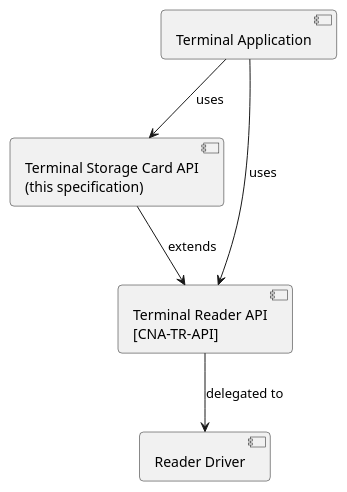
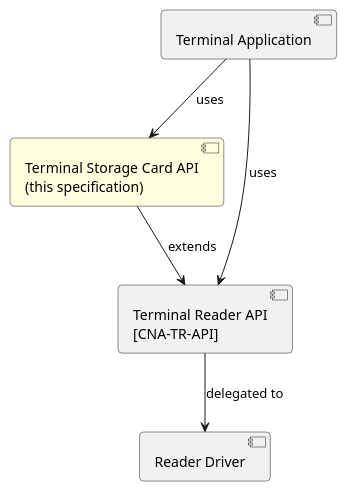
The first of 2 diagrams in api_specification.adoc (calypsonet/calypsonet-terminal-storagecard-uml-api), drawn with PlantUML before and after one commit.

```diff
--- a/api_specification.adoc
+++ b/api_specification.adoc
@@ -250,17 +250,17 @@
 [plantuml, target=architecture-overview, format=svg]
 ....
 @startuml
 skinparam shadowing false
 skinparam roundCorner 8
 
 component "Terminal Application" as App
-component "Terminal Storage Card API\n(this specification)" as TSC
+component "Terminal Storage Card API\n(this specification)" as TSC #LightYellow
 component "Terminal Reader API\n[CNA-TR-API]" as TR
 component "Reader Driver" as Drv
 
 App --> TSC : uses
 App --> TR : uses
 TSC --> TR : extends
 TR  --> Drv : delegated to
 @enduml
 ....
```
